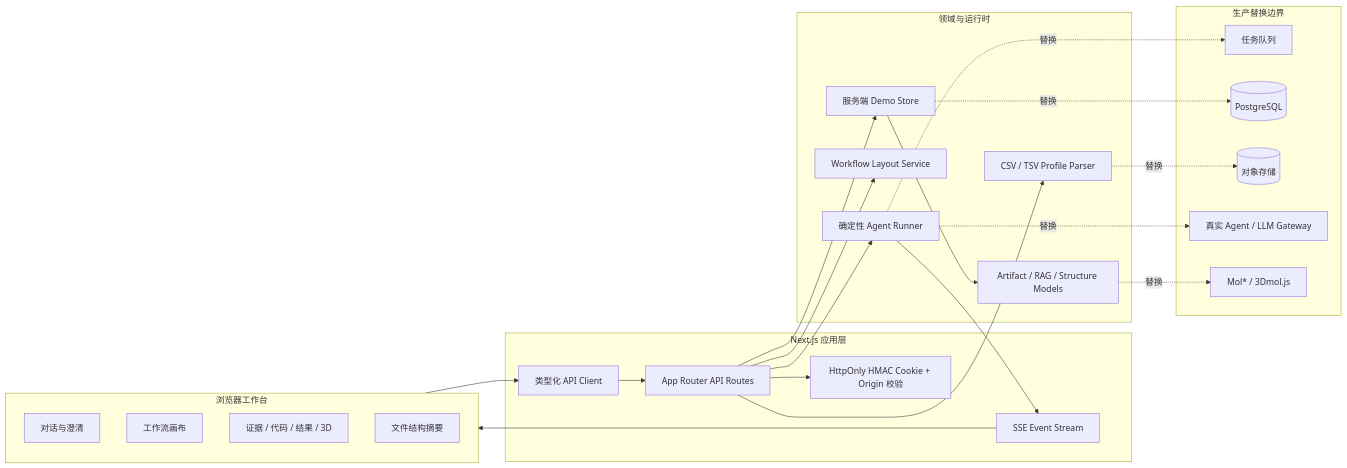
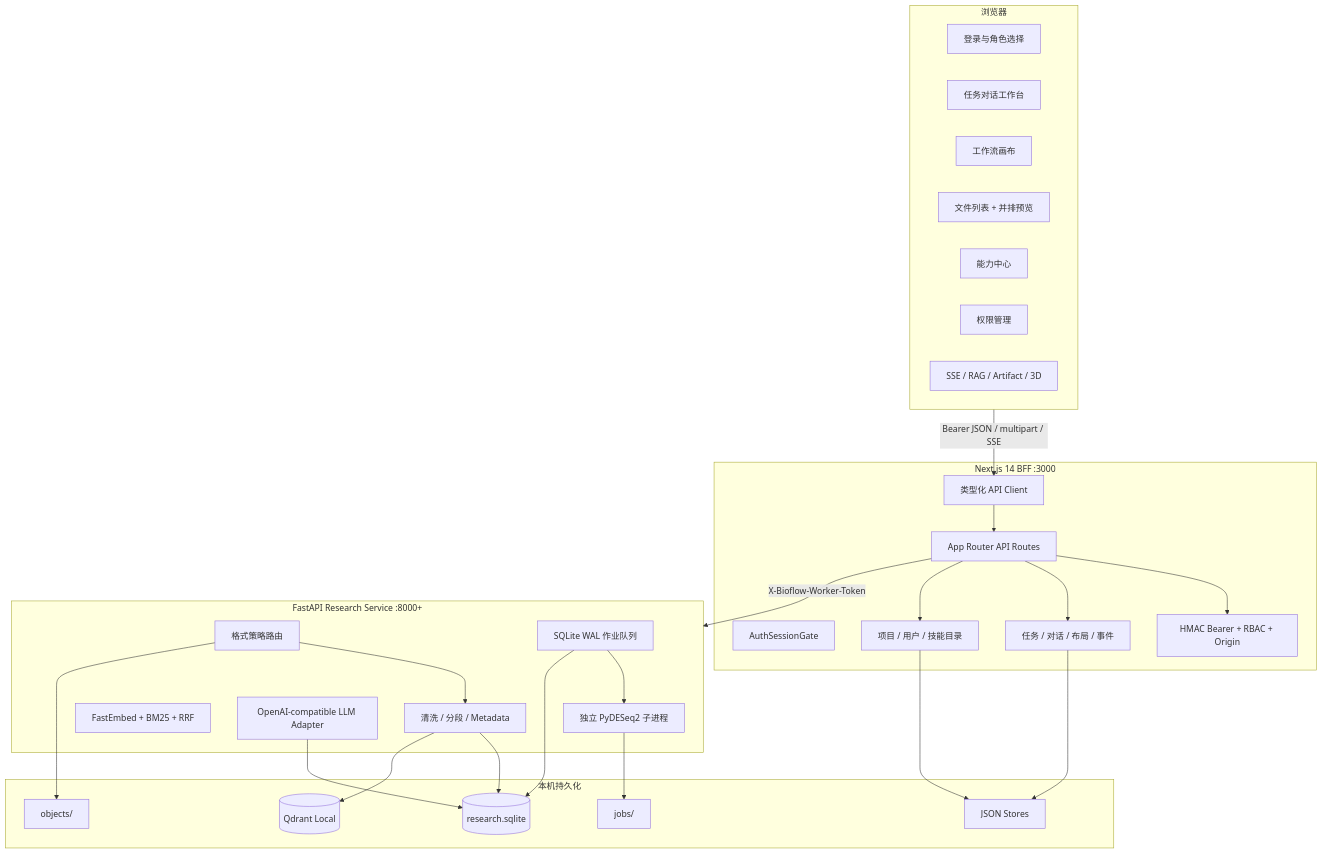
One commit to fys-bot/bio-studio changed the first of 4 diagrams in docs/架构与交付说明.md. Above: the diagram before and after it, drawn with Mermaid. The commit also changed other lines of this file and 15 other files, not shown here.

````diff
--- a/docs/架构与交付说明.md
+++ b/docs/架构与交付说明.md
@@ -23,46 +22,55 @@
 ```mermaid
-flowchart LR
-  subgraph Browser[浏览器工作台]
-    Conversation[对话与澄清]
+flowchart TB
+  subgraph Client[浏览器]
+    Login[登录与角色选择]
+    Workspace[任务对话工作台]
     Canvas[工作流画布]
-    Inspector[证据 / 代码 / 结果 / 3D]
-    Upload[文件结构摘要]
+    Files[文件列表 + 并排预览]
+    Skills[能力中心]
+    Admin[权限管理]
+    Trace[SSE / RAG / Artifact / 3D]
   end
 
-  subgraph Next[Next.js 应用层]
-    Client[类型化 API Client]
-    Auth[HttpOnly HMAC Cookie + Origin 校验]
+  subgraph Next[Next.js 14 BFF :3000]
+    Gate[AuthSessionGate]
+    ApiClient[类型化 API Client]
     Routes[App Router API Routes]
-    Stream[SSE Event Stream]
+    Auth[HMAC Bearer + RBAC + Origin]
+    TaskStore[任务 / 对话 / 布局 / 事件]
+    ProjectStore[项目 / 用户 / 技能目录]
   end
 
-  subgraph Domain[领域与运行时]
-    Store[服务端 Demo Store]
-    Profile[CSV / TSV Profile Parser]
-    Layout[Workflow Layout Service]
-    Runner[确定性 Agent Runner]
-    Models[Artifact / RAG / Structure Models]
+  subgraph Worker[FastAPI Research Service :8000+]
+    Router[格式策略路由]
+    Ingest[清洗 / 分段 / Metadata]
+    Search[FastEmbed + BM25 + RRF]
+    Planner[OpenAI-compatible LLM Adapter]
+    Queue[SQLite WAL 作业队列]
+    PyDESeq2[独立 PyDESeq2 子进程]
   end
 
-  subgraph Replaceable[生产替换边界]
-    Queue[任务队列]
-    Database[(PostgreSQL)]
-    ObjectStorage[(对象存储)]
-    Agent[真实 Agent / LLM Gateway]
-    Molstar[Mol* / 3Dmol.js]
+  subgraph LocalData[本机持久化]
+    JSON[JSON Stores]
+    SQLite[(research.sqlite)]
+    Qdrant[(Qdrant Local)]
+    Objects[objects/]
+    Jobs[jobs/]
   end
 
-  Browser --> Client --> Routes
+  Client -->|Bearer JSON / multipart / SSE| ApiClient
+  ApiClient --> Routes
   Routes --> Auth
-  Routes --> Store
-  Routes --> Profile
-  Routes --> Layout
-  Routes --> Runner
-  Runner --> Stream --> Browser
-  Store --> Models
-  Runner -.替换.-> Queue
-  Store -.替换.-> Database
-  Profile -.替换.-> ObjectStorage
-  Runner -.替换.-> Agent
-  Models -.替换.-> Molstar
+  Routes --> TaskStore
+  Routes --> ProjectStore
+  Routes -->|X-Bioflow-Worker-Token| Worker
+  TaskStore --> JSON
+  ProjectStore --> JSON
+  Router --> Ingest
+  Ingest --> SQLite
+  Ingest --> Qdrant
+  Planner --> SQLite
+  Queue --> PyDESeq2
+  Queue --> SQLite
+  Router --> Objects
+  PyDESeq2 --> Jobs
 ```
````
